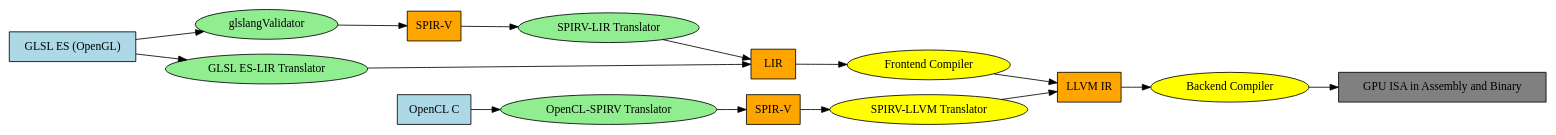
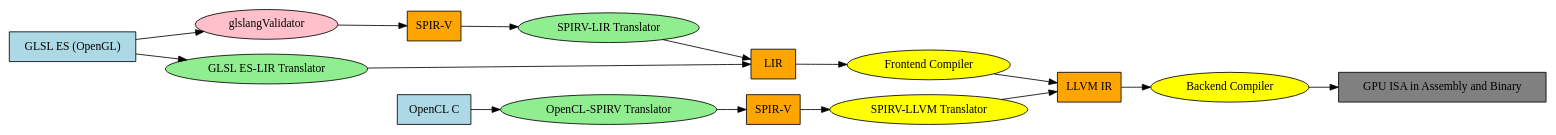
The diagram in images/Hisilicon.gv (Jonathan2251/ws), drawn with Graphviz before and after one commit. The commit also changed 1 other file, not shown here.

```diff
--- a/images/Hisilicon.gv
+++ b/images/Hisilicon.gv
@@ -1,39 +1,39 @@
 digraph ShaderToLLVMIR {
     rankdir=LR;
     node [shape=record, style=filled, color=black];
 
     // Source Languages
     GLSL [label="GLSL ES (OpenGL)", fillcolor=lightblue];
     OpenCL_C [label="OpenCL C", fillcolor=lightblue];
 
     // Intermediate Representation
     SPIRV [label="SPIR-V", fillcolor=orange];
     SPIRV2 [label="SPIR-V", fillcolor=orange];
 
     LIR [label="LIR", fillcolor=orange];
 
     GPU_ISA [label="GPU ISA in Assembly and Binary", fillcolor=grey];
 
     // LLVM IR
     LLVM_IR [label="LLVM IR", fillcolor=orange];
 
     // Tools with oval shapes
     node [shape=oval, style=filled, fillcolor=lightgreen];
-    Glslang [label="glslangValidator"];
+    Glslang [label="glslangValidator", fillcolor=pink];
     CL_SPIRV [label="OpenCL-SPIRV Translator"];
     GLSL_LIR [label="GLSL ES-LIR Translator"];
     SPIRV_LIR [label="SPIRV-LIR Translator"];
 
     // Tools with oval shapes
     node [shape=oval, style=filled, fillcolor=yellow];
     LIR_LLVM [label="Frontend Compiler"];
     SPIRV_LLVM [label="SPIRV-LLVM Translator"];
     LLVMCompiler [label="Backend Compiler"];
 
     // Edges
     GLSL -> GLSL_LIR -> LIR -> LIR_LLVM -> LLVM_IR;
     GLSL -> Glslang -> SPIRV -> SPIRV_LIR -> LIR;
     OpenCL_C -> CL_SPIRV -> SPIRV2;
     SPIRV2 -> SPIRV_LLVM -> LLVM_IR;
     LLVM_IR -> LLVMCompiler -> GPU_ISA;
 }
```
